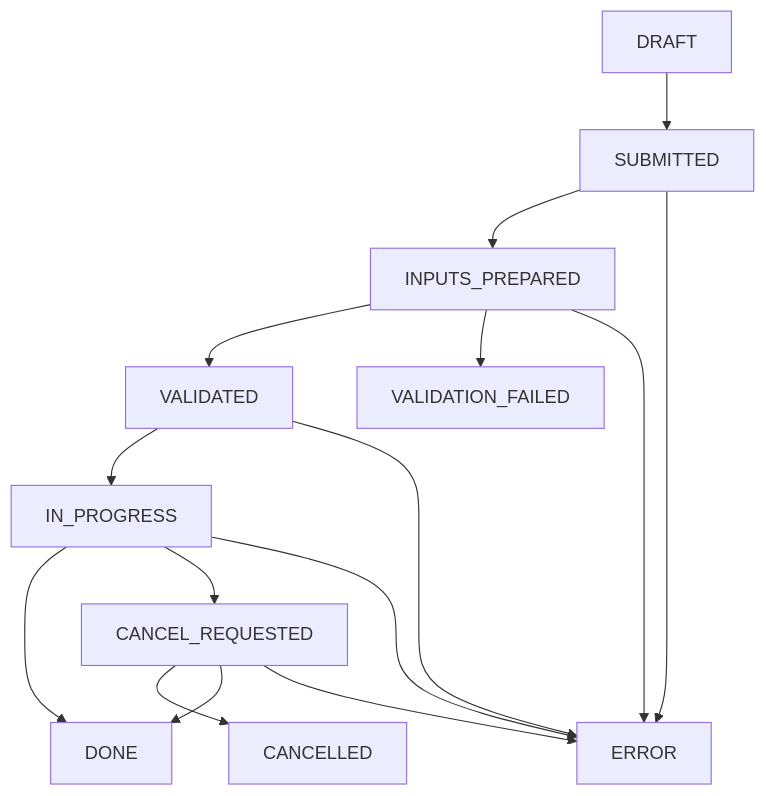
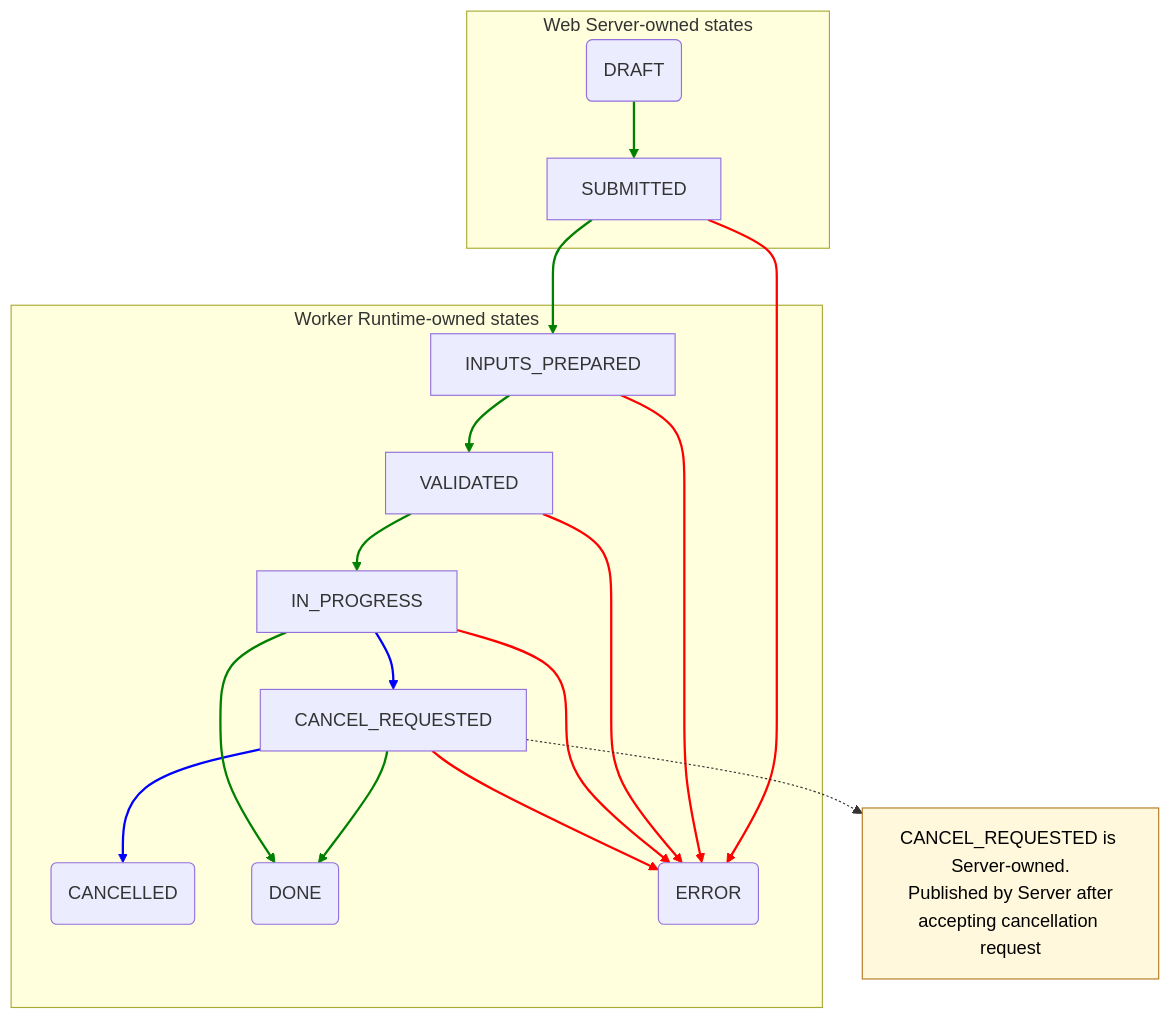
One commit to oleksiy-sayankin/mdds changed the first of 5 diagrams in ARCHITECTURE.md. Above: the diagram before and after it, drawn with Mermaid. The commit also changed other lines of this file, not shown here.

First line of the commit message:
MDDS-437 Simplify MDDS job lifecycle and cancellation ownership

````diff
--- a/ARCHITECTURE.md
+++ b/ARCHITECTURE.md
@@ -169,17 +169,42 @@
 ```mermaid
-graph TD;
-    DRAFT-->SUBMITTED;
-    SUBMITTED-->INPUTS_PREPARED;
-    SUBMITTED-->ERROR;
-    INPUTS_PREPARED-->VALIDATED;
-    INPUTS_PREPARED-->VALIDATION_FAILED;
-    INPUTS_PREPARED-->ERROR;
-    VALIDATED-->IN_PROGRESS;
-    VALIDATED-->ERROR;
-    IN_PROGRESS-->DONE;
-    IN_PROGRESS-->CANCEL_REQUESTED;
-    IN_PROGRESS-->ERROR;
-    CANCEL_REQUESTED-->CANCELLED;
-    CANCEL_REQUESTED-->DONE;
-    CANCEL_REQUESTED-->ERROR;
+graph TD
+  subgraph SERVER["Web Server-owned states"]
+    DRAFT(DRAFT)
+    SUBMITTED
+  end
+
+  subgraph WORKER["Worker Runtime-owned states"]
+    INPUTS_PREPARED
+    VALIDATED
+    IN_PROGRESS
+    CANCEL_REQUESTED
+    CANCELLED(CANCELLED)
+    DONE(DONE)
+    ERROR(ERROR)
+  end    
+    
+    
+  DRAFT(DRAFT)-->SUBMITTED;
+  SUBMITTED-->INPUTS_PREPARED;
+  SUBMITTED-->ERROR(ERROR);
+  INPUTS_PREPARED-->VALIDATED;
+  INPUTS_PREPARED-->ERROR(ERROR);
+  VALIDATED-->IN_PROGRESS;
+  VALIDATED-->ERROR(ERROR);
+  IN_PROGRESS-->ERROR(ERROR);
+  IN_PROGRESS-->CANCEL_REQUESTED;
+  CANCEL_REQUESTED-->CANCELLED(CANCELLED);
+  CANCEL_REQUESTED-->DONE(DONE);
+  IN_PROGRESS-->DONE(DONE);
+  CANCEL_REQUESTED-->ERROR(ERROR);
+
+  CANCEL_NOTE["CANCEL_REQUESTED is Server-owned.<br/>Published by Server after<br/>accepting cancellation request"]
+
+  CANCEL_REQUESTED -.-> CANCEL_NOTE
+
+  style CANCEL_NOTE fill:#fff8dc,stroke:#b7791f,stroke-width:1px,color:#000;
+
+  linkStyle 0,1,3,5,10,11 stroke-width:2px,fill:none,stroke:green;
+  linkStyle 2,4,6,7,12 stroke-width:2px,fill:none,stroke:red;
+  linkStyle 8,9 stroke-width:2px,fill:none,stroke:blue;
 ```
````
